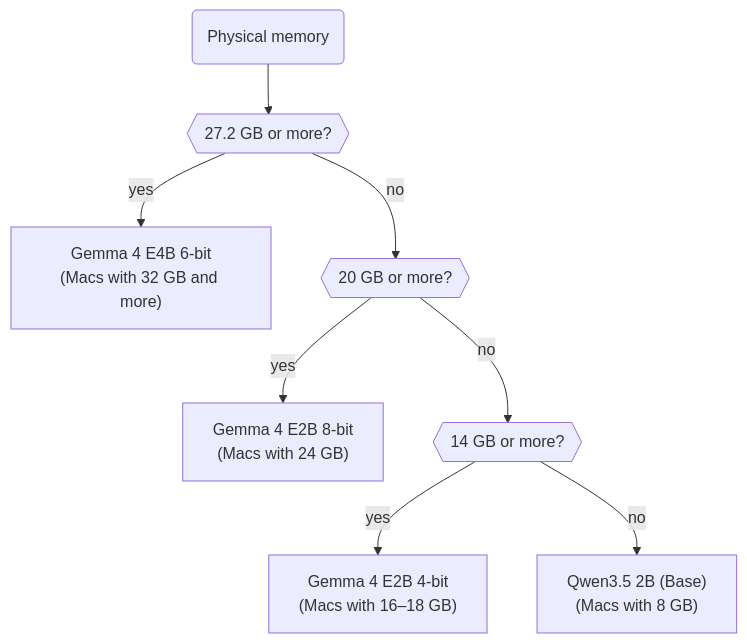
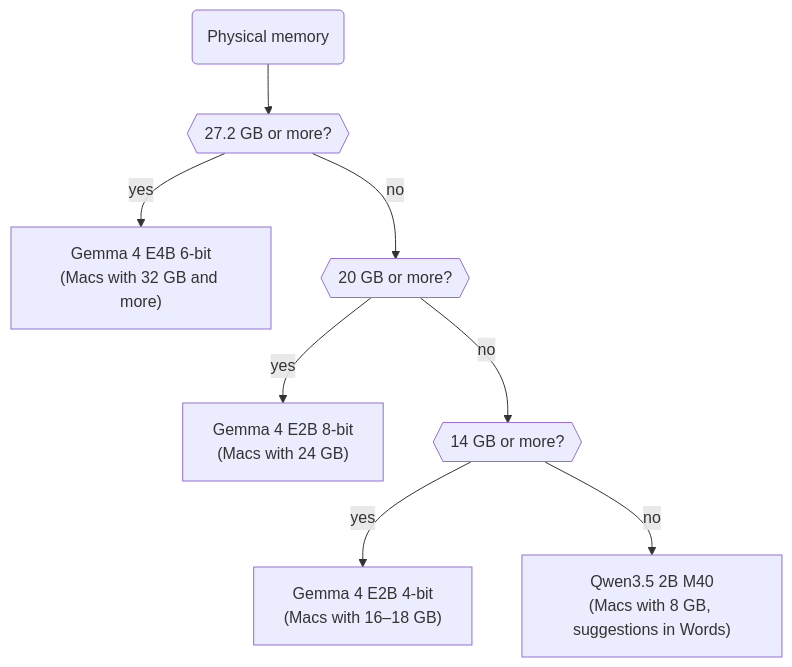
Before and after one commit to nikiomori/Pretype: the diagram in docs/diagrams/arch-ram-ladder.mmd, drawn with Mermaid. The commit also changed 6 other files, not shown here.

```diff
--- a/docs/diagrams/arch-ram-ladder.mmd
+++ b/docs/diagrams/arch-ram-ladder.mmd
@@ -1,9 +1,9 @@
 %% ModelCatalog.defaultID(forRamGB:): physical memory -> default model.
 flowchart TB
   ram("Physical memory") --> q1{{"27.2 GB or more?"}}
   q1 -- yes --> e4b6["Gemma 4 E4B 6-bit<br/>(Macs with 32 GB and more)"]
   q1 -- no --> q2{{"20 GB or more?"}}
   q2 -- yes --> e2b8["Gemma 4 E2B 8-bit<br/>(Macs with 24 GB)"]
   q2 -- no --> q3{{"14 GB or more?"}}
   q3 -- yes --> e2b4["Gemma 4 E2B 4-bit<br/>(Macs with 16–18 GB)"]
-  q3 -- no --> qwen["Qwen3.5 2B (Base)<br/>(Macs with 8 GB)"]
+  q3 -- no --> qwen["Qwen3.5 2B M40<br/>(Macs with 8 GB, suggestions in Words)"]
```
